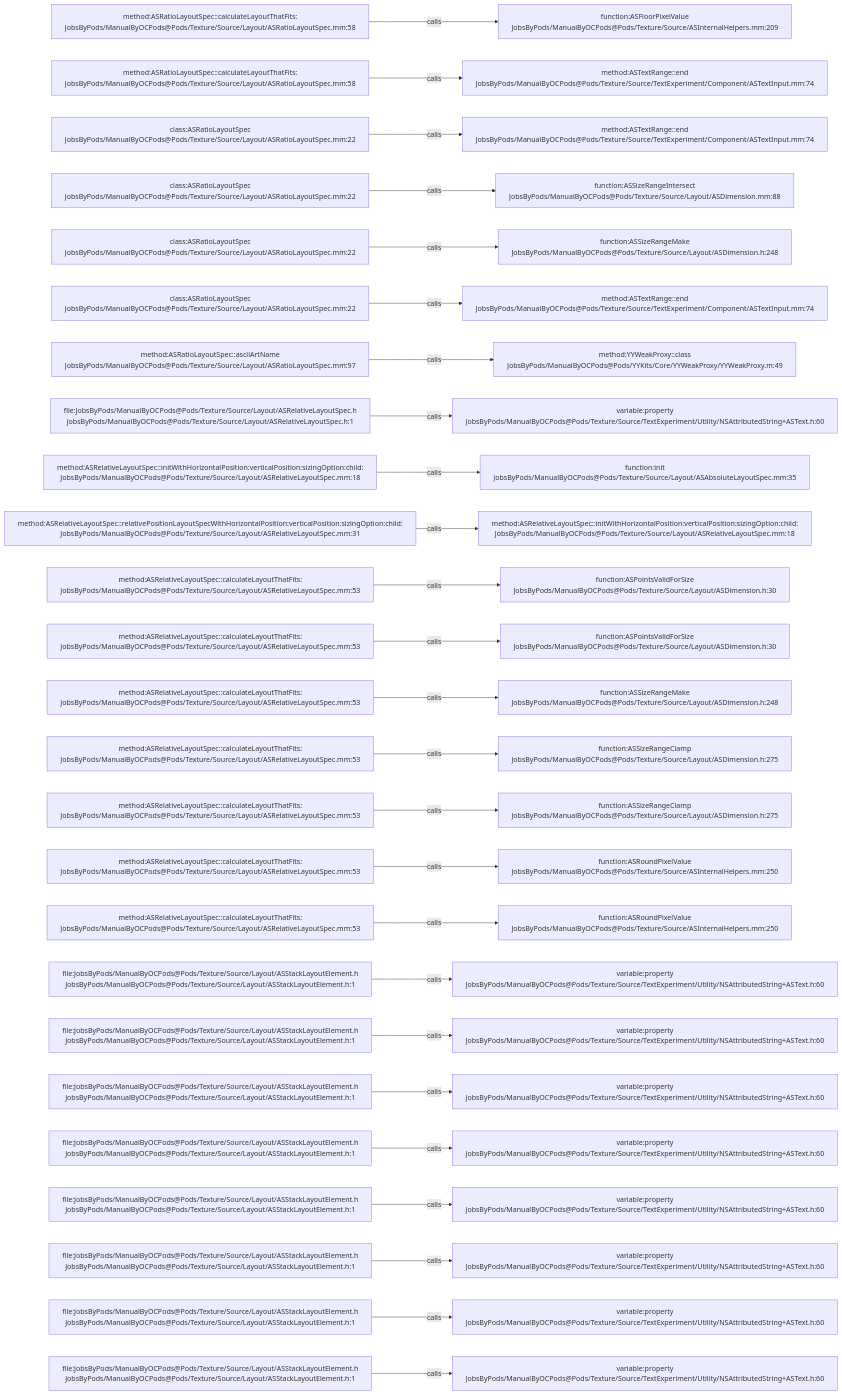
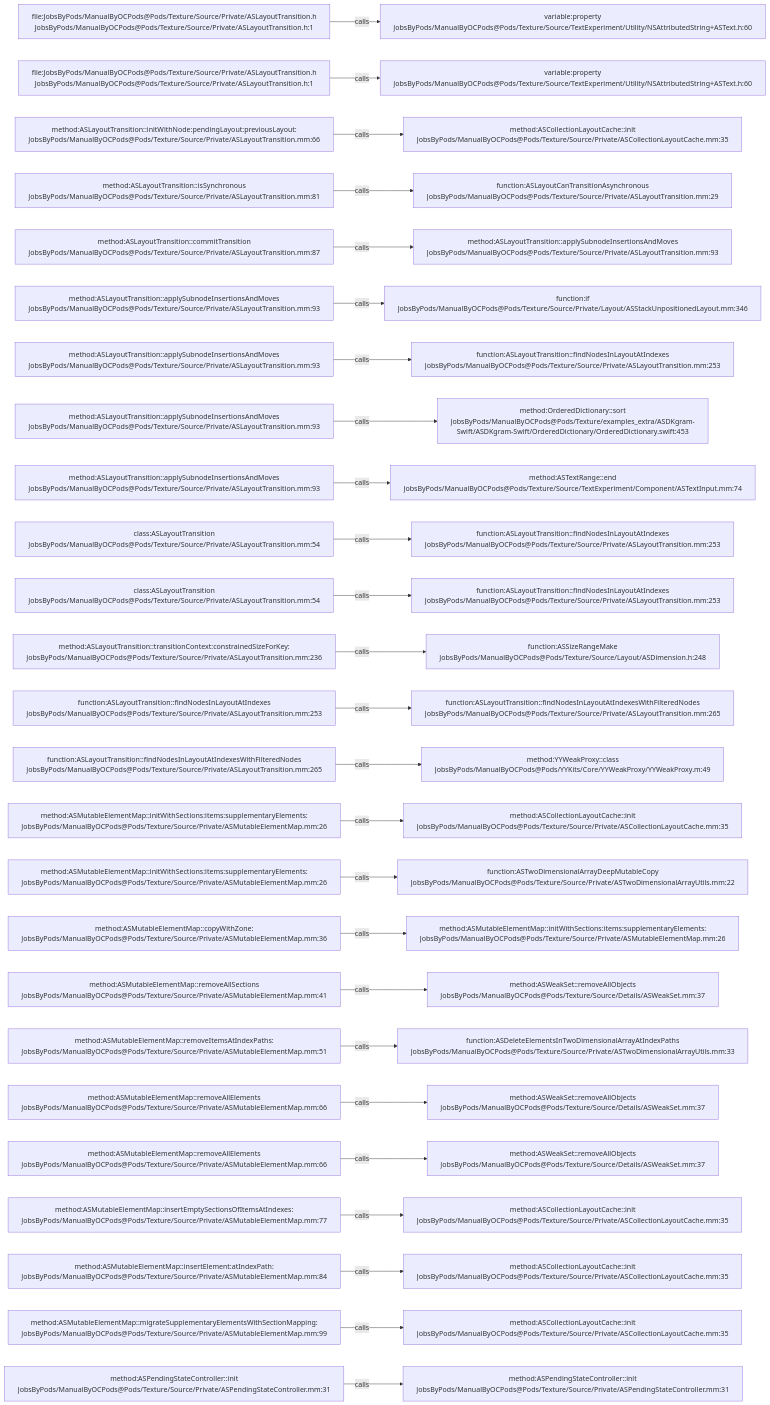
Before and after one commit to JobsKits/JobsOCBaseConfigDemo: the diagram in .codegraph/codegraph.md/graphs/calls-174.md, drawn with Mermaid. The commit also changed 2723 other files, not shown here.

````diff
--- a/.codegraph/codegraph.md/graphs/calls-174.md
+++ b/.codegraph/codegraph.md/graphs/calls-174.md
@@ -13,78 +13,78 @@
 ```mermaid
 flowchart LR
-  S1["method:ASRatioLayoutSpec::calculateLayoutThatFits:<br/>JobsByPods/ManualByOCPods@Pods/Texture/Source/Layout/ASRatioLayoutSpec.mm:58"]
-  T1["function:ASFloorPixelValue<br/>JobsByPods/ManualByOCPods@Pods/Texture/Source/ASInternalHelpers.mm:209"]
+  S1["file:JobsByPods/ManualByOCPods@Pods/Texture/Source/Private/ASLayoutTransition.h<br/>JobsByPods/ManualByOCPods@Pods/Texture/Source/Private/ASLayoutTransition.h:1"]
+  T1["variable:property<br/>JobsByPods/ManualByOCPods@Pods/Texture/Source/TextExperiment/Utility/NSAttributedString+ASText.h:60"]
   S1 -->|calls| T1
-  S2["method:ASRatioLayoutSpec::calculateLayoutThatFits:<br/>JobsByPods/ManualByOCPods@Pods/Texture/Source/Layout/ASRatioLayoutSpec.mm:58"]
-  T2["method:ASTextRange::end<br/>JobsByPods/ManualByOCPods@Pods/Texture/Source/TextExperiment/Component/ASTextInput.mm:74"]
+  S2["file:JobsByPods/ManualByOCPods@Pods/Texture/Source/Private/ASLayoutTransition.h<br/>JobsByPods/ManualByOCPods@Pods/Texture/Source/Private/ASLayoutTransition.h:1"]
+  T2["variable:property<br/>JobsByPods/ManualByOCPods@Pods/Texture/Source/TextExperiment/Utility/NSAttributedString+ASText.h:60"]
   S2 -->|calls| T2
-  S3["class:ASRatioLayoutSpec<br/>JobsByPods/ManualByOCPods@Pods/Texture/Source/Layout/ASRatioLayoutSpec.mm:22"]
-  T3["method:ASTextRange::end<br/>JobsByPods/ManualByOCPods@Pods/Texture/Source/TextExperiment/Component/ASTextInput.mm:74"]
+  S3["method:ASLayoutTransition::initWithNode:pendingLayout:previousLayout:<br/>JobsByPods/ManualByOCPods@Pods/Texture/Source/Private/ASLayoutTransition.mm:66"]
+  T3["method:ASCollectionLayoutCache::init<br/>JobsByPods/ManualByOCPods@Pods/Texture/Source/Private/ASCollectionLayoutCache.mm:35"]
   S3 -->|calls| T3
-  S4["class:ASRatioLayoutSpec<br/>JobsByPods/ManualByOCPods@Pods/Texture/Source/Layout/ASRatioLayoutSpec.mm:22"]
-  T4["function:ASSizeRangeIntersect<br/>JobsByPods/ManualByOCPods@Pods/Texture/Source/Layout/ASDimension.mm:88"]
+  S4["method:ASLayoutTransition::isSynchronous<br/>JobsByPods/ManualByOCPods@Pods/Texture/Source/Private/ASLayoutTransition.mm:81"]
+  T4["function:ASLayoutCanTransitionAsynchronous<br/>JobsByPods/ManualByOCPods@Pods/Texture/Source/Private/ASLayoutTransition.mm:29"]
   S4 -->|calls| T4
-  S5["class:ASRatioLayoutSpec<br/>JobsByPods/ManualByOCPods@Pods/Texture/Source/Layout/ASRatioLayoutSpec.mm:22"]
-  T5["function:ASSizeRangeMake<br/>JobsByPods/ManualByOCPods@Pods/Texture/Source/Layout/ASDimension.h:248"]
+  S5["method:ASLayoutTransition::commitTransition<br/>JobsByPods/ManualByOCPods@Pods/Texture/Source/Private/ASLayoutTransition.mm:87"]
+  T5["method:ASLayoutTransition::applySubnodeInsertionsAndMoves<br/>JobsByPods/ManualByOCPods@Pods/Texture/Source/Private/ASLayoutTransition.mm:93"]
   S5 -->|calls| T5
-  S6["class:ASRatioLayoutSpec<br/>JobsByPods/ManualByOCPods@Pods/Texture/Source/Layout/ASRatioLayoutSpec.mm:22"]
-  T6["method:ASTextRange::end<br/>JobsByPods/ManualByOCPods@Pods/Texture/Source/TextExperiment/Component/ASTextInput.mm:74"]
+  S6["method:ASLayoutTransition::applySubnodeInsertionsAndMoves<br/>JobsByPods/ManualByOCPods@Pods/Texture/Source/Private/ASLayoutTransition.mm:93"]
+  T6["function:if<br/>JobsByPods/ManualByOCPods@Pods/Texture/Source/Private/Layout/ASStackUnpositionedLayout.mm:346"]
   S6 -->|calls| T6
-  S7["method:ASRatioLayoutSpec::asciiArtName<br/>JobsByPods/ManualByOCPods@Pods/Texture/Source/Layout/ASRatioLayoutSpec.mm:97"]
-  T7["method:YYWeakProxy::class<br/>JobsByPods/ManualByOCPods@Pods/YYKits/Core/YYWeakProxy/YYWeakProxy.m:49"]
+  S7["method:ASLayoutTransition::applySubnodeInsertionsAndMoves<br/>JobsByPods/ManualByOCPods@Pods/Texture/Source/Private/ASLayoutTransition.mm:93"]
+  T7["function:ASLayoutTransition::findNodesInLayoutAtIndexes<br/>JobsByPods/ManualByOCPods@Pods/Texture/Source/Private/ASLayoutTransition.mm:253"]
   S7 -->|calls| T7
-  S8["file:JobsByPods/ManualByOCPods@Pods/Texture/Source/Layout/ASRelativeLayoutSpec.h<br/>JobsByPods/ManualByOCPods@Pods/Texture/Source/Layout/ASRelativeLayoutSpec.h:1"]
-  T8["variable:property<br/>JobsByPods/ManualByOCPods@Pods/Texture/Source/TextExperiment/Utility/NSAttributedString+ASText.h:60"]
+  S8["method:ASLayoutTransition::applySubnodeInsertionsAndMoves<br/>JobsByPods/ManualByOCPods@Pods/Texture/Source/Private/ASLayoutTransition.mm:93"]
+  T8["method:OrderedDictionary::sort<br/>JobsByPods/ManualByOCPods@Pods/Texture/examples_extra/ASDKgram-Swift/ASDKgram-Swift/OrderedDictionary/OrderedDictionary.swift:453"]
   S8 -->|calls| T8
-  S9["method:ASRelativeLayoutSpec::initWithHorizontalPosition:verticalPosition:sizingOption:child:<br/>JobsByPods/ManualByOCPods@Pods/Texture/Source/Layout/ASRelativeLayoutSpec.mm:18"]
-  T9["function:init<br/>JobsByPods/ManualByOCPods@Pods/Texture/Source/Layout/ASAbsoluteLayoutSpec.mm:35"]
+  S9["method:ASLayoutTransition::applySubnodeInsertionsAndMoves<br/>JobsByPods/ManualByOCPods@Pods/Texture/Source/Private/ASLayoutTransition.mm:93"]
+  T9["method:ASTextRange::end<br/>JobsByPods/ManualByOCPods@Pods/Texture/Source/TextExperiment/Component/ASTextInput.mm:74"]
   S9 -->|calls| T9
-  S10["method:ASRelativeLayoutSpec::relativePositionLayoutSpecWithHorizontalPosition:verticalPosition:sizingOption:child:<br/>JobsByPods/ManualByOCPods@Pods/Texture/Source/Layout/ASRelativeLayoutSpec.mm:31"]
-  T10["method:ASRelativeLayoutSpec::initWithHorizontalPosition:verticalPosition:sizingOption:child:<br/>JobsByPods/ManualByOCPods@Pods/Texture/Source/Layout/ASRelativeLayoutSpec.mm:18"]
+  S10["class:ASLayoutTransition<br/>JobsByPods/ManualByOCPods@Pods/Texture/Source/Private/ASLayoutTransition.mm:54"]
+  T10["function:ASLayoutTransition::findNodesInLayoutAtIndexes<br/>JobsByPods/ManualByOCPods@Pods/Texture/Source/Private/ASLayoutTransition.mm:253"]
   S10 -->|calls| T10
-  S11["method:ASRelativeLayoutSpec::calculateLayoutThatFits:<br/>JobsByPods/ManualByOCPods@Pods/Texture/Source/Layout/ASRelativeLayoutSpec.mm:53"]
-  T11["function:ASPointsValidForSize<br/>JobsByPods/ManualByOCPods@Pods/Texture/Source/Layout/ASDimension.h:30"]
+  S11["class:ASLayoutTransition<br/>JobsByPods/ManualByOCPods@Pods/Texture/Source/Private/ASLayoutTransition.mm:54"]
+  T11["function:ASLayoutTransition::findNodesInLayoutAtIndexes<br/>JobsByPods/ManualByOCPods@Pods/Texture/Source/Private/ASLayoutTransition.mm:253"]
   S11 -->|calls| T11
-  S12["method:ASRelativeLayoutSpec::calculateLayoutThatFits:<br/>JobsByPods/ManualByOCPods@Pods/Texture/Source/Layout/ASRelativeLayoutSpec.mm:53"]
-  T12["function:ASPointsValidForSize<br/>JobsByPods/ManualByOCPods@Pods/Texture/Source/Layout/ASDimension.h:30"]
+  S12["method:ASLayoutTransition::transitionContext:constrainedSizeForKey:<br/>JobsByPods/ManualByOCPods@Pods/Texture/Source/Private/ASLayoutTransition.mm:236"]
+  T12["function:ASSizeRangeMake<br/>JobsByPods/ManualByOCPods@Pods/Texture/Source/Layout/ASDimension.h:248"]
   S12 -->|calls| T12
-  S13["method:ASRelativeLayoutSpec::calculateLayoutThatFits:<br/>JobsByPods/ManualByOCPods@Pods/Texture/Source/Layout/ASRelativeLayoutSpec.mm:53"]
-  T13["function:ASSizeRangeMake<br/>JobsByPods/ManualByOCPods@Pods/Texture/Source/Layout/ASDimension.h:248"]
+  S13["function:ASLayoutTransition::findNodesInLayoutAtIndexes<br/>JobsByPods/ManualByOCPods@Pods/Texture/Source/Private/ASLayoutTransition.mm:253"]
+  T13["function:ASLayoutTransition::findNodesInLayoutAtIndexesWithFilteredNodes<br/>JobsByPods/ManualByOCPods@Pods/Texture/Source/Private/ASLayoutTransition.mm:265"]
   S13 -->|calls| T13
-  S14["method:ASRelativeLayoutSpec::calculateLayoutThatFits:<br/>JobsByPods/ManualByOCPods@Pods/Texture/Source/Layout/ASRelativeLayoutSpec.mm:53"]
-  T14["function:ASSizeRangeClamp<br/>JobsByPods/ManualByOCPods@Pods/Texture/Source/Layout/ASDimension.h:275"]
+  S14["function:ASLayoutTransition::findNodesInLayoutAtIndexesWithFilteredNodes<br/>JobsByPods/ManualByOCPods@Pods/Texture/Source/Private/ASLayoutTransition.mm:265"]
+  T14["method:YYWeakProxy::class<br/>JobsByPods/ManualByOCPods@Pods/YYKits/Core/YYWeakProxy/YYWeakProxy.m:49"]
   S14 -->|calls| T14
-  S15["method:ASRelativeLayoutSpec::calculateLayoutThatFits:<br/>JobsByPods/ManualByOCPods@Pods/Texture/Source/Layout/ASRelativeLayoutSpec.mm:53"]
-  T15["function:ASSizeRangeClamp<br/>JobsByPods/ManualByOCPods@Pods/Texture/Source/Layout/ASDimension.h:275"]
+  S15["method:ASMutableElementMap::initWithSections:items:supplementaryElements:<br/>JobsByPods/ManualByOCPods@Pods/Texture/Source/Private/ASMutableElementMap.mm:26"]
+  T15["method:ASCollectionLayoutCache::init<br/>JobsByPods/ManualByOCPods@Pods/Texture/Source/Private/ASCollectionLayoutCache.mm:35"]
   S15 -->|calls| T15
-  S16["method:ASRelativeLayoutSpec::calculateLayoutThatFits:<br/>JobsByPods/ManualByOCPods@Pods/Texture/Source/Layout/ASRelativeLayoutSpec.mm:53"]
-  T16["function:ASRoundPixelValue<br/>JobsByPods/ManualByOCPods@Pods/Texture/Source/ASInternalHelpers.mm:250"]
+  S16["method:ASMutableElementMap::initWithSections:items:supplementaryElements:<br/>JobsByPods/ManualByOCPods@Pods/Texture/Source/Private/ASMutableElementMap.mm:26"]
+  T16["function:ASTwoDimensionalArrayDeepMutableCopy<br/>JobsByPods/ManualByOCPods@Pods/Texture/Source/Private/ASTwoDimensionalArrayUtils.mm:22"]
   S16 -->|calls| T16
-  S17["method:ASRelativeLayoutSpec::calculateLayoutThatFits:<br/>JobsByPods/ManualByOCPods@Pods/Texture/Source/Layout/ASRelativeLayoutSpec.mm:53"]
-  T17["function:ASRoundPixelValue<br/>JobsByPods/ManualByOCPods@Pods/Texture/Source/ASInternalHelpers.mm:250"]
+  S17["method:ASMutableElementMap::copyWithZone:<br/>JobsByPods/ManualByOCPods@Pods/Texture/Source/Private/ASMutableElementMap.mm:36"]
+  T17["method:ASMutableElementMap::initWithSections:items:supplementaryElements:<br/>JobsByPods/ManualByOCPods@Pods/Texture/Source/Private/ASMutableElementMap.mm:26"]
   S17 -->|calls| T17
-  S18["file:JobsByPods/ManualByOCPods@Pods/Texture/Source/Layout/ASStackLayoutElement.h<br/>JobsByPods/ManualByOCPods@Pods/Texture/Source/Layout/ASStackLayoutElement.h:1"]
-  T18["variable:property<br/>JobsByPods/ManualByOCPods@Pods/Texture/Source/TextExperiment/Utility/NSAttributedString+ASText.h:60"]
+  S18["method:ASMutableElementMap::removeAllSections<br/>JobsByPods/ManualByOCPods@Pods/Texture/Source/Private/ASMutableElementMap.mm:41"]
+  T18["method:ASWeakSet::removeAllObjects<br/>JobsByPods/ManualByOCPods@Pods/Texture/Source/Details/ASWeakSet.mm:37"]
   S18 -->|calls| T18
-  S19["file:JobsByPods/ManualByOCPods@Pods/Texture/Source/Layout/ASStackLayoutElement.h<br/>JobsByPods/ManualByOCPods@Pods/Texture/Source/Layout/ASStackLayoutElement.h:1"]
-  T19["variable:property<br/>JobsByPods/ManualByOCPods@Pods/Texture/Source/TextExperiment/Utility/NSAttributedString+ASText.h:60"]
+  S19["method:ASMutableElementMap::removeItemsAtIndexPaths:<br/>JobsByPods/ManualByOCPods@Pods/Texture/Source/Private/ASMutableElementMap.mm:51"]
+  T19["function:ASDeleteElementsInTwoDimensionalArrayAtIndexPaths<br/>JobsByPods/ManualByOCPods@Pods/Texture/Source/Private/ASTwoDimensionalArrayUtils.mm:33"]
   S19 -->|calls| T19
-  S20["file:JobsByPods/ManualByOCPods@Pods/Texture/Source/Layout/ASStackLayoutElement.h<br/>JobsByPods/ManualByOCPods@Pods/Texture/Source/Layout/ASStackLayoutElement.h:1"]
-  T20["variable:property<br/>JobsByPods/ManualByOCPods@Pods/Texture/Source/TextExperiment/Utility/NSAttributedString+ASText.h:60"]
+  S20["method:ASMutableElementMap::removeAllElements<br/>JobsByPods/ManualByOCPods@Pods/Texture/Source/Private/ASMutableElementMap.mm:66"]
+  T20["method:ASWeakSet::removeAllObjects<br/>JobsByPods/ManualByOCPods@Pods/Texture/Source/Details/ASWeakSet.mm:37"]
   S20 -->|calls| T20
-  S21["file:JobsByPods/ManualByOCPods@Pods/Texture/Source/Layout/ASStackLayoutElement.h<br/>JobsByPods/ManualByOCPods@Pods/Texture/Source/Layout/ASStackLayoutElement.h:1"]
-  T21["variable:property<br/>JobsByPods/ManualByOCPods@Pods/Texture/Source/TextExperiment/Utility/NSAttributedString+ASText.h:60"]
+  S21["method:ASMutableElementMap::removeAllElements<br/>JobsByPods/ManualByOCPods@Pods/Texture/Source/Private/ASMutableElementMap.mm:66"]
+  T21["method:ASWeakSet::removeAllObjects<br/>JobsByPods/ManualByOCPods@Pods/Texture/Source/Details/ASWeakSet.mm:37"]
   S21 -->|calls| T21
-  S22["file:JobsByPods/ManualByOCPods@Pods/Texture/Source/Layout/ASStackLayoutElement.h<br/>JobsByPods/ManualByOCPods@Pods/Texture/Source/Layout/ASStackLayoutElement.h:1"]
-  T22["variable:property<br/>JobsByPods/ManualByOCPods@Pods/Texture/Source/TextExperiment/Utility/NSAttributedString+ASText.h:60"]
+  S22["method:ASMutableElementMap::insertEmptySectionsOfItemsAtIndexes:<br/>JobsByPods/ManualByOCPods@Pods/Texture/Source/Private/ASMutableElementMap.mm:77"]
+  T22["method:ASCollectionLayoutCache::init<br/>JobsByPods/ManualByOCPods@Pods/Texture/Source/Private/ASCollectionLayoutCache.mm:35"]
   S22 -->|calls| T22
-  S23["file:JobsByPods/ManualByOCPods@Pods/Texture/Source/Layout/ASStackLayoutElement.h<br/>JobsByPods/ManualByOCPods@Pods/Texture/Source/Layout/ASStackLayoutElement.h:1"]
-  T23["variable:property<br/>JobsByPods/ManualByOCPods@Pods/Texture/Source/TextExperiment/Utility/NSAttributedString+ASText.h:60"]
+  S23["method:ASMutableElementMap::insertElement:atIndexPath:<br/>JobsByPods/ManualByOCPods@Pods/Texture/Source/Private/ASMutableElementMap.mm:84"]
+  T23["method:ASCollectionLayoutCache::init<br/>JobsByPods/ManualByOCPods@Pods/Texture/Source/Private/ASCollectionLayoutCache.mm:35"]
   S23 -->|calls| T23
-  S24["file:JobsByPods/ManualByOCPods@Pods/Texture/Source/Layout/ASStackLayoutElement.h<br/>JobsByPods/ManualByOCPods@Pods/Texture/Source/Layout/ASStackLayoutElement.h:1"]
-  T24["variable:property<br/>JobsByPods/ManualByOCPods@Pods/Texture/Source/TextExperiment/Utility/NSAttributedString+ASText.h:60"]
+  S24["method:ASMutableElementMap::migrateSupplementaryElementsWithSectionMapping:<br/>JobsByPods/ManualByOCPods@Pods/Texture/Source/Private/ASMutableElementMap.mm:99"]
+  T24["method:ASCollectionLayoutCache::init<br/>JobsByPods/ManualByOCPods@Pods/Texture/Source/Private/ASCollectionLayoutCache.mm:35"]
   S24 -->|calls| T24
-  S25["file:JobsByPods/ManualByOCPods@Pods/Texture/Source/Layout/ASStackLayoutElement.h<br/>JobsByPods/ManualByOCPods@Pods/Texture/Source/Layout/ASStackLayoutElement.h:1"]
-  T25["variable:property<br/>JobsByPods/ManualByOCPods@Pods/Texture/Source/TextExperiment/Utility/NSAttributedString+ASText.h:60"]
+  S25["method:ASPendingStateController::init<br/>JobsByPods/ManualByOCPods@Pods/Texture/Source/Private/ASPendingStateController.mm:31"]
+  T25["method:ASPendingStateController::init<br/>JobsByPods/ManualByOCPods@Pods/Texture/Source/Private/ASPendingStateController.mm:31"]
   S25 -->|calls| T25
 ```
````
